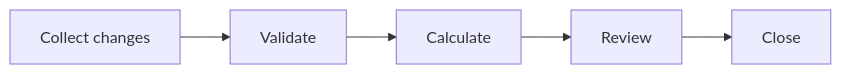
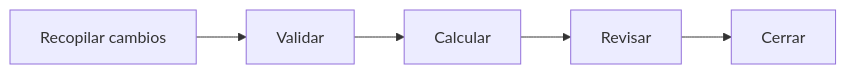
The ninth of 13 diagrams in docs/PROCESS-MAPS.md (antoniojesusdelgado/management-platform-demo), drawn with Mermaid before and after one commit. The commit also changed other lines of this file and 63 other files, not shown here.

````diff
--- a/docs/PROCESS-MAPS.md
+++ b/docs/PROCESS-MAPS.md
@@ -105,4 +105,4 @@
 ```mermaid
 flowchart LR
-  Collect["Collect changes"] --> Validate --> Calculate --> Review --> Close
+  Recopilar["Recopilar cambios"] --> Validar --> Calcular --> Revisar --> Cerrar
 ```
````
